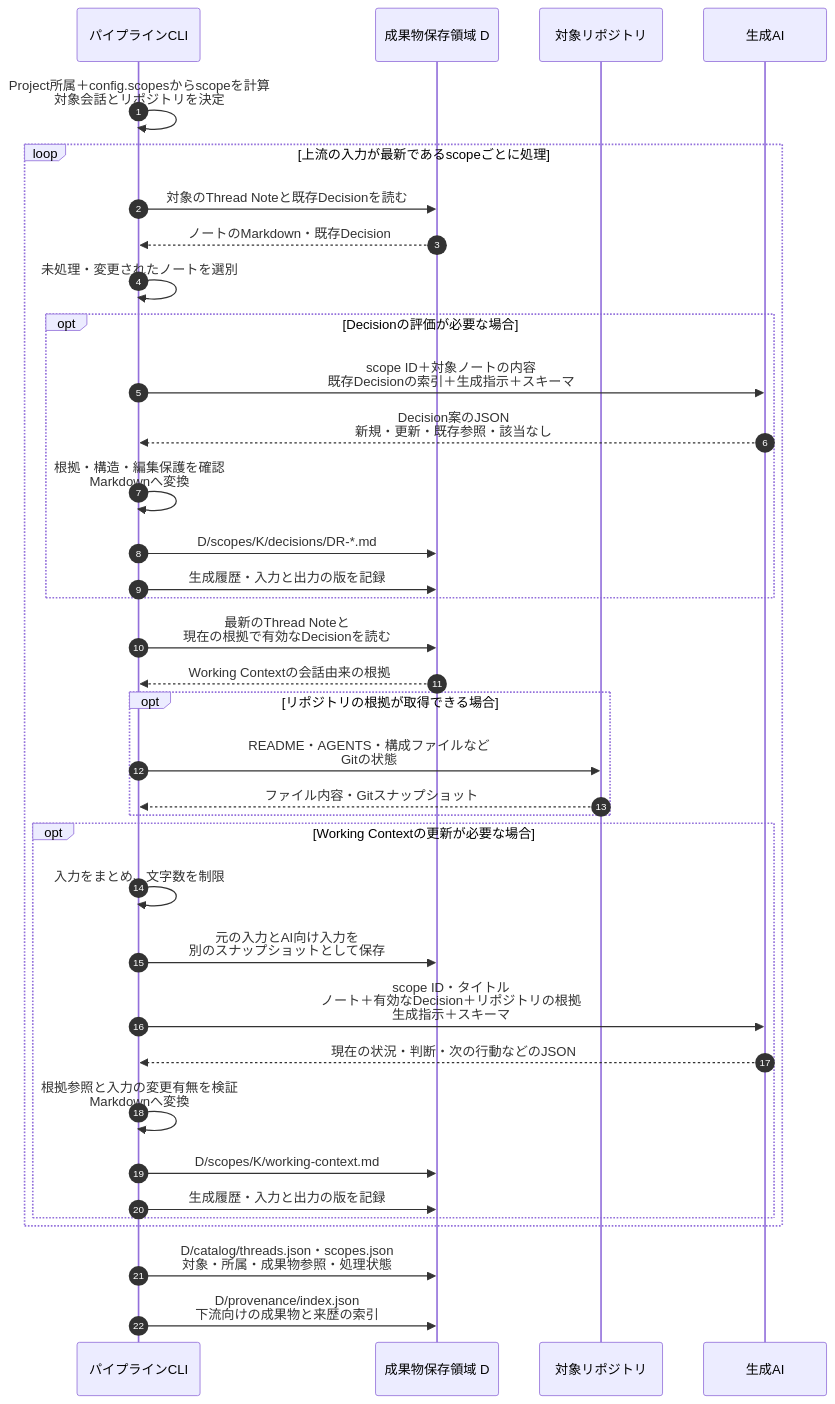
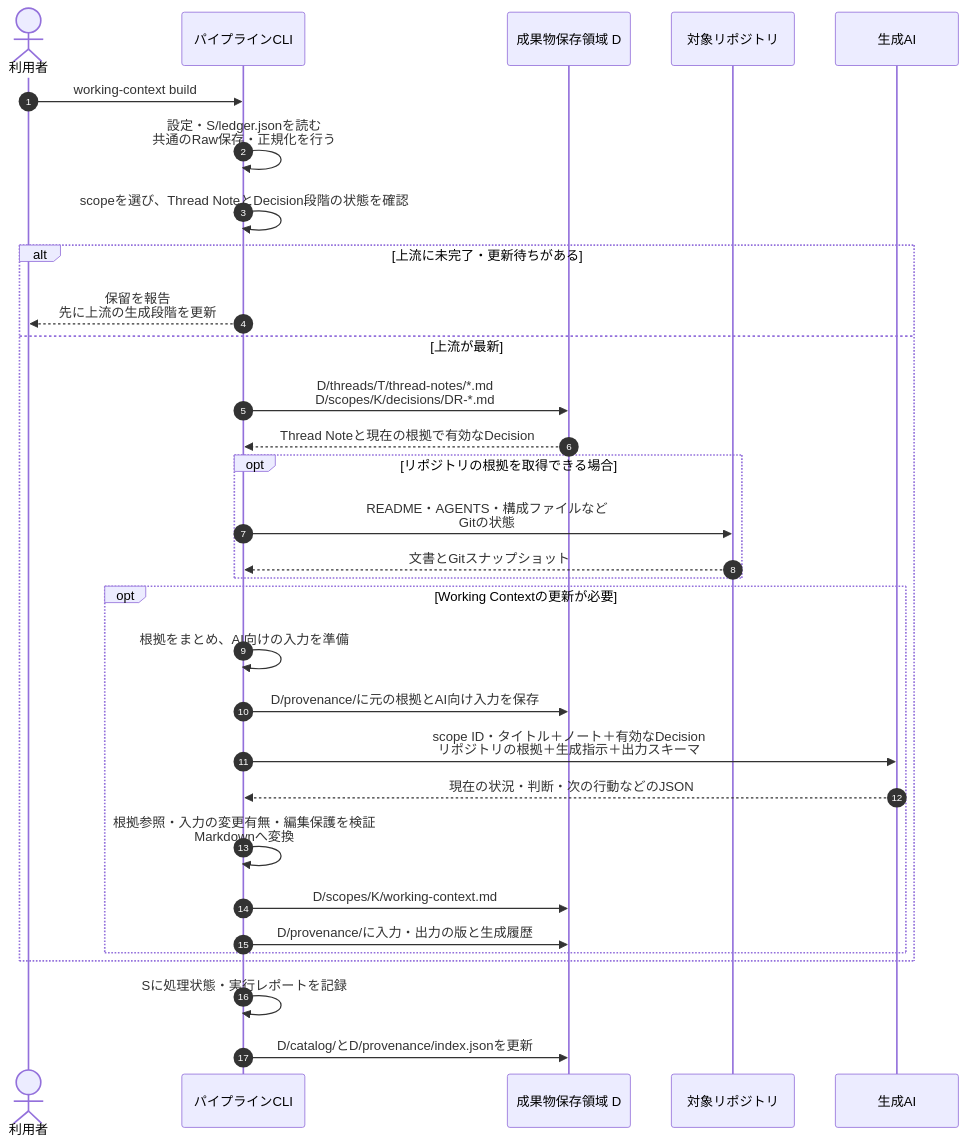
The fourth of 5 diagrams in README_ja.md (tuckn/tkn_codex_chat_note_pipeline), drawn with Mermaid before and after one commit. The commit also changed other lines of this file and 1 other file, not shown here.

First line of the commit message:
Update Japanese README for clarity and detail on Codex Context Pipeline

````diff
--- a/README_ja.md
+++ b/README_ja.md
@@ -457,44 +473,34 @@
 ```mermaid
 sequenceDiagram
     autonumber
+    actor U as 利用者
     participant P as パイプラインCLI
     participant D as 成果物保存領域 D
     participant R as 対象リポジトリ
     participant AI as 生成AI
 
-    P->>P: Project所属＋config.scopesからscopeを計算<br/>対象会話とリポジトリを決定
-
-    loop 上流の入力が最新であるscopeごとに処理
-        P->>D: 対象のThread Noteと既存Decisionを読む
-        D-->>P: ノートのMarkdown・既存Decision
-        P->>P: 未処理・変更されたノートを選別
-
-        opt Decisionの評価が必要な場合
-            P->>AI: scope ID＋対象ノートの内容<br/>既存Decisionの索引＋生成指示＋スキーマ
-            AI-->>P: Decision案のJSON<br/>新規・更新・既存参照・該当なし
-            P->>P: 根拠・構造・編集保護を確認<br/>Markdownへ変換
-            P->>D: D/scopes/K/decisions/DR-*.md
-            P->>D: 生成履歴・入力と出力の版を記録
+    U->>P: working-context build
+    P->>P: 設定・S/ledger.jsonを読む<br/>共通のRaw保存・正規化を行う
+    P->>P: scopeを選び、Thread NoteとDecision段階の状態を確認
+    alt 上流に未完了・更新待ちがある
+        P-->>U: 保留を報告<br/>先に上流の生成段階を更新
+    else 上流が最新
+        P->>D: D/threads/T/thread-notes/*.md<br/>D/scopes/K/decisions/DR-*.md
+        D-->>P: Thread Noteと現在の根拠で有効なDecision
+        opt リポジトリの根拠を取得できる場合
+            P->>R: README・AGENTS・構成ファイルなど<br/>Gitの状態
+            R-->>P: 文書とGitスナップショット
         end
-
-        P->>D: 最新のThread Noteと<br/>現在の根拠で有効なDecisionを読む
-        D-->>P: Working Contextの会話由来の根拠
-        opt リポジトリの根拠が取得できる場合
-            P->>R: README・AGENTS・構成ファイルなど<br/>Gitの状態
-            R-->>P: ファイル内容・Gitスナップショット
-        end
-
-        opt Working Contextの更新が必要な場合
-            P->>P: 入力をまとめ、文字数を制限
-            P->>D: 元の入力とAI向け入力を<br/>別のスナップショットとして保存
-            P->>AI: scope ID・タイトル<br/>ノート＋有効なDecision＋リポジトリの根拠<br/>生成指示＋スキーマ
+        opt Working Contextの更新が必要
+            P->>P: 根拠をまとめ、AI向けの入力を準備
+            P->>D: D/provenance/に元の根拠とAI向け入力を保存
+            P->>AI: scope ID・タイトル＋ノート＋有効なDecision<br/>リポジトリの根拠＋生成指示＋出力スキーマ
             AI-->>P: 現在の状況・判断・次の行動などのJSON
-            P->>P: 根拠参照と入力の変更有無を検証<br/>Markdownへ変換
+            P->>P: 根拠参照・入力の変更有無・編集保護を検証<br/>Markdownへ変換
             P->>D: D/scopes/K/working-context.md
-            P->>D: 生成履歴・入力と出力の版を記録
+            P->>D: D/provenance/に入力・出力の版と生成履歴
         end
     end
-
-    P->>D: D/catalog/threads.json・scopes.json<br/>対象・所属・成果物参照・処理状態
-    P->>D: D/provenance/index.json<br/>下流向けの成果物と来歴の索引
+    P->>P: Sに処理状態・実行レポートを記録
+    P->>D: D/catalog/とD/provenance/index.jsonを更新
 ```
````
